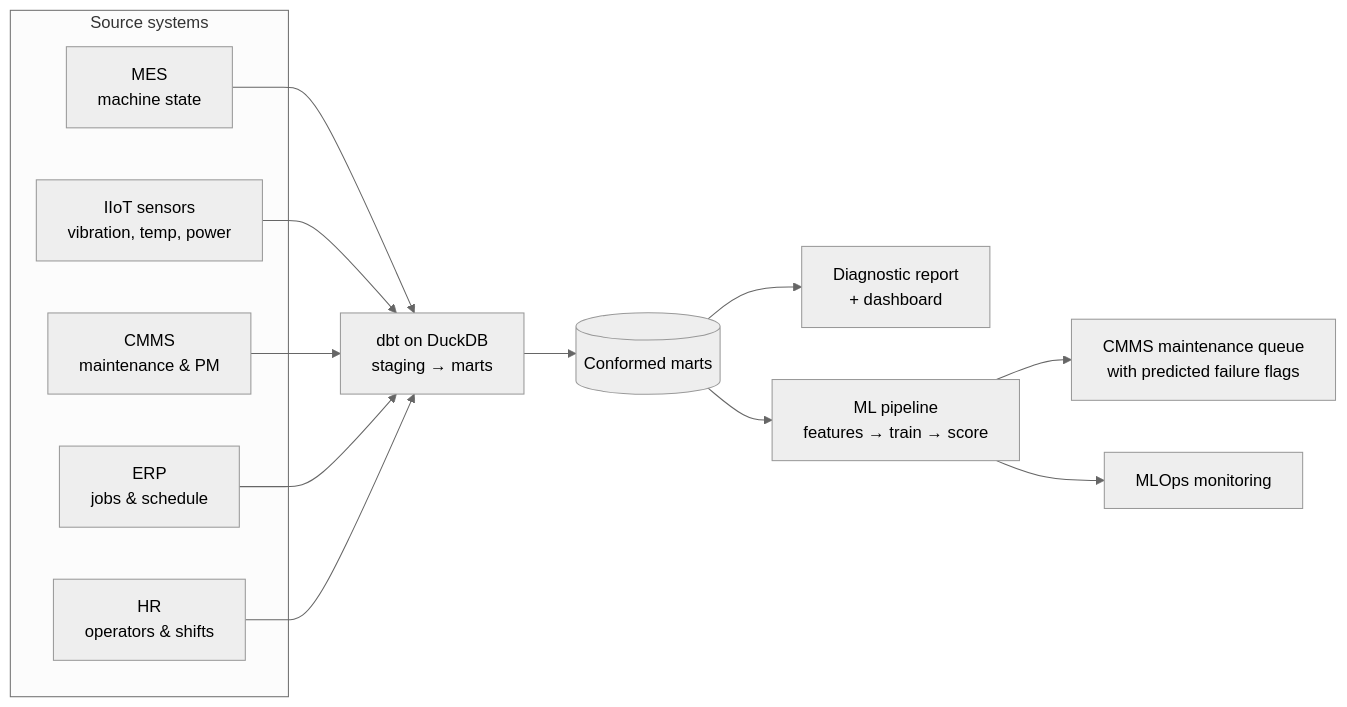
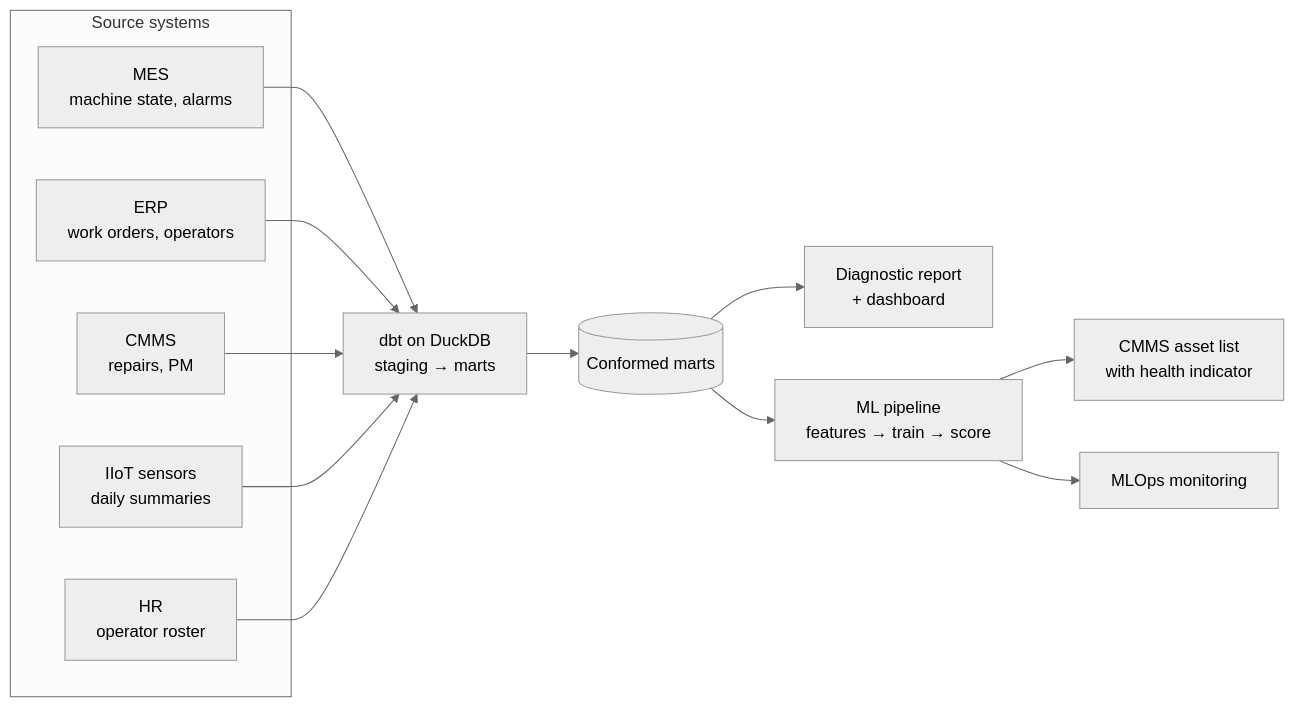
One commit to brimsystems/mfg-data-engineering changed the diagram in oee_downtime/README.md. Above: the diagram before and after it, drawn with Mermaid (neutral theme). The commit also changed other lines of this file, not shown here.

Commit message:
README for the OEE and machine health project

````diff
--- a/oee_downtime/README.md
+++ b/oee_downtime/README.md
@@ -67,20 +79,20 @@
 ```mermaid
 flowchart LR
   subgraph SRC["Source systems"]
-    MES["MES<br/>machine state"]
-    IOT["IIoT sensors<br/>vibration, temp, power"]
-    CMMS["CMMS<br/>maintenance &amp; PM"]
-    ERP["ERP<br/>jobs &amp; schedule"]
-    HR["HR<br/>operators &amp; shifts"]
+    MES["MES<br/>machine state, alarms"]
+    ERP["ERP<br/>work orders, operators"]
+    CMMS["CMMS<br/>repairs, PM"]
+    IOT["IIoT sensors<br/>daily summaries"]
+    HR["HR<br/>operator roster"]
   end
   MES --> DBT
+  ERP --> DBT
+  CMMS --> DBT
   IOT --> DBT
-  CMMS --> DBT
-  ERP --> DBT
   HR --> DBT
   DBT["dbt on DuckDB<br/>staging &rarr; marts"] --> MARTS[("Conformed marts")]
   MARTS --> AN["Diagnostic report<br/>+ dashboard"]
   MARTS --> ML["ML pipeline<br/>features &rarr; train &rarr; score"]
-  ML --> QUEUE["CMMS maintenance queue<br/>with predicted failure flags"]
+  ML --> QUEUE["CMMS asset list<br/>with health indicator"]
   ML --> MON["MLOps monitoring"]
 ```
````
